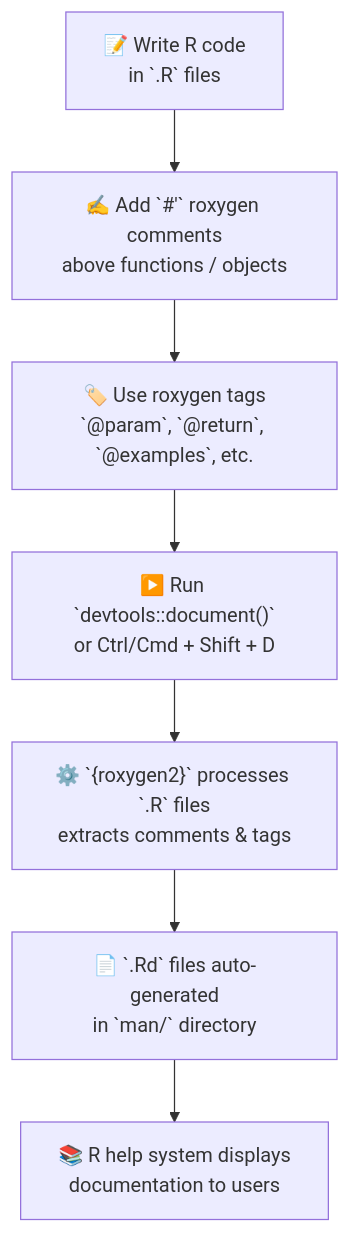
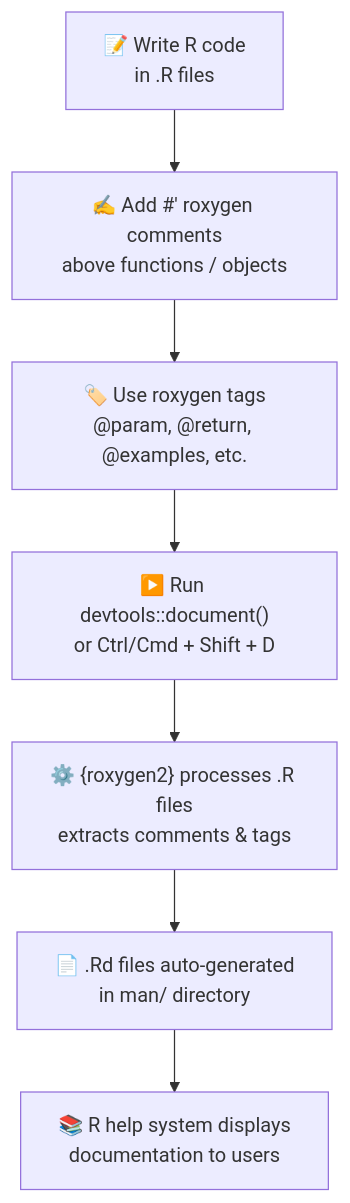
One commit to bms63/phuse-admiral-roclets changed the diagram in phuse-admiral-roclets-pres.qmd. Above: the diagram before and after it, drawn with Mermaid.

Commit message:
Fix mermaid diagram errors by removing unsupported backtick code spans from node labels
Agent-Logs-Url: https://github.com/bms63/phuse-admiral-roclets/sessions/ea523364-5f9d-4596-b758-73ba03d1e62c

````diff
--- a/phuse-admiral-roclets-pres.qmd
+++ b/phuse-admiral-roclets-pres.qmd
@@ -145,12 +145,12 @@
 ```{mermaid}
 %%| fig-width: 9
 %%| fig-height: 4.5
 flowchart TD
-    A["📝 Write R code\nin `.R` files"]
-    A --> B["✍️ Add `#'` roxygen comments\nabove functions / objects"]
-    B --> C["🏷️ Use roxygen tags\n`@param`, `@return`, `@examples`, etc."]
-    C --> D["▶️ Run `devtools::document()`\nor Ctrl/Cmd + Shift + D"]
-    D --> E["⚙️ `{roxygen2}` processes `.R` files\nextracts comments & tags"]
-    E --> F["📄 `.Rd` files auto-generated\nin `man/` directory"]
+    A["📝 Write R code\nin .R files"]
+    A --> B["✍️ Add #' roxygen comments\nabove functions / objects"]
+    B --> C["🏷️ Use roxygen tags\n@param, @return, @examples, etc."]
+    C --> D["▶️ Run devtools::document()\nor Ctrl/Cmd + Shift + D"]
+    D --> E["⚙️ {roxygen2} processes .R files\nextracts comments & tags"]
+    E --> F["📄 .Rd files auto-generated\nin man/ directory"]
     F --> G["📚 R help system displays\ndocumentation to users"]
 ```
````
